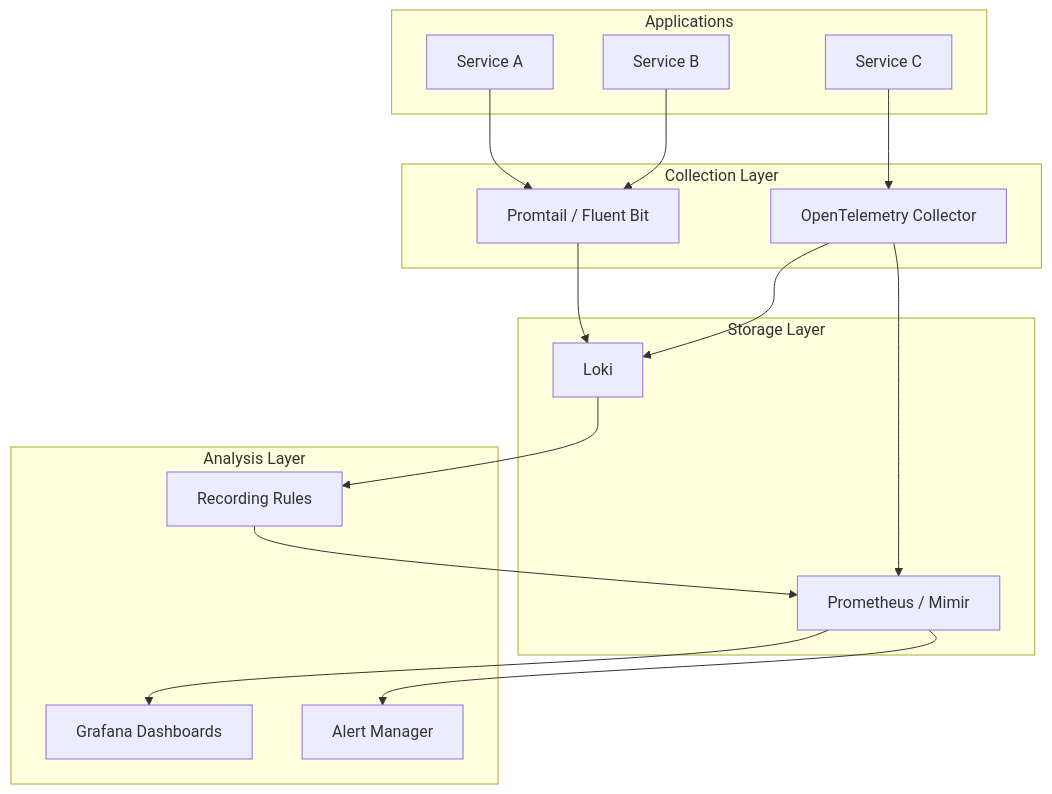
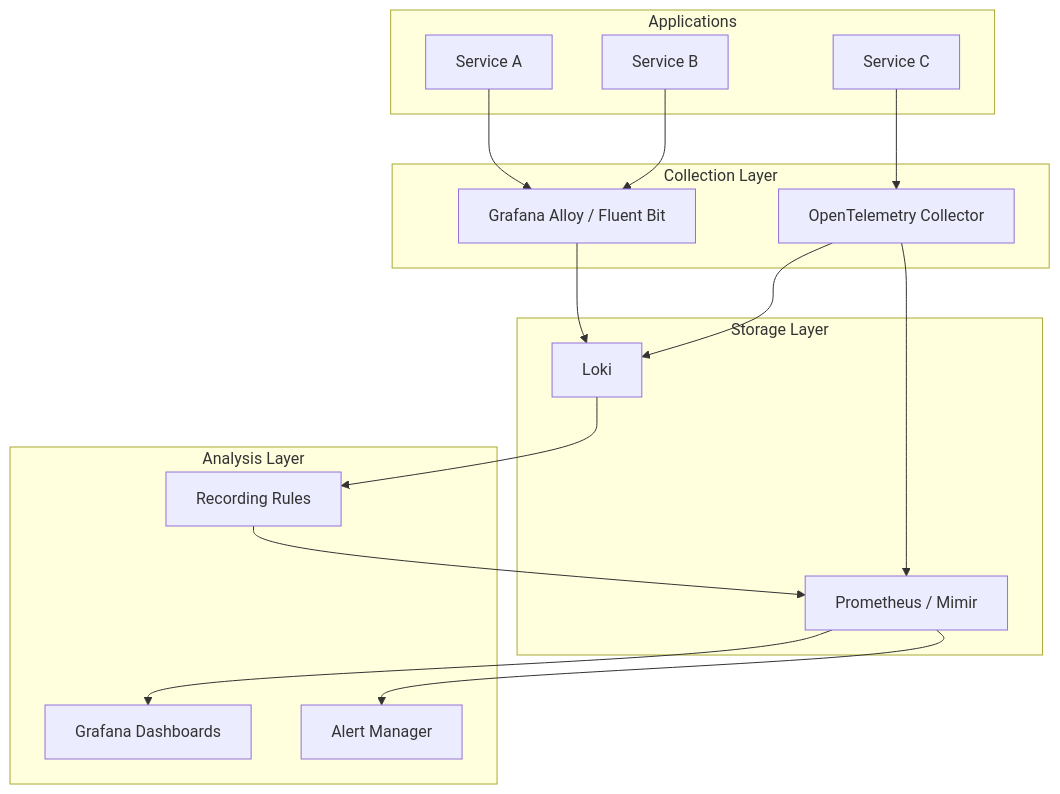
The third of 3 diagrams in posts/2026-01-30-log-metrics-generation/README.md (OneUptime/blog), drawn with Mermaid before and after one commit. The commit also changed other lines of this file and 2 other files, not shown here.

````diff
--- a/posts/2026-01-30-log-metrics-generation/README.md
+++ b/posts/2026-01-30-log-metrics-generation/README.md
@@ -265,35 +269,35 @@
 ```mermaid
 flowchart TD
     subgraph Apps["Applications"]
         A1[Service A]
         A2[Service B]
         A3[Service C]
     end
 
     subgraph Collection["Collection Layer"]
-        B1[Promtail / Fluent Bit]
+        B1[Grafana Alloy / Fluent Bit]
         B2[OpenTelemetry Collector]
     end
 
     subgraph Storage["Storage Layer"]
         C1[Loki]
         C2[Prometheus / Mimir]
     end
 
     subgraph Analysis["Analysis Layer"]
         D1[Recording Rules]
         D2[Grafana Dashboards]
         D3[Alert Manager]
     end
 
     A1 --> B1
     A2 --> B1
     A3 --> B2
     B1 --> C1
     B2 --> C1
     B2 --> C2
     C1 --> D1
     D1 --> C2
     C2 --> D2
     C2 --> D3
 ```
````
